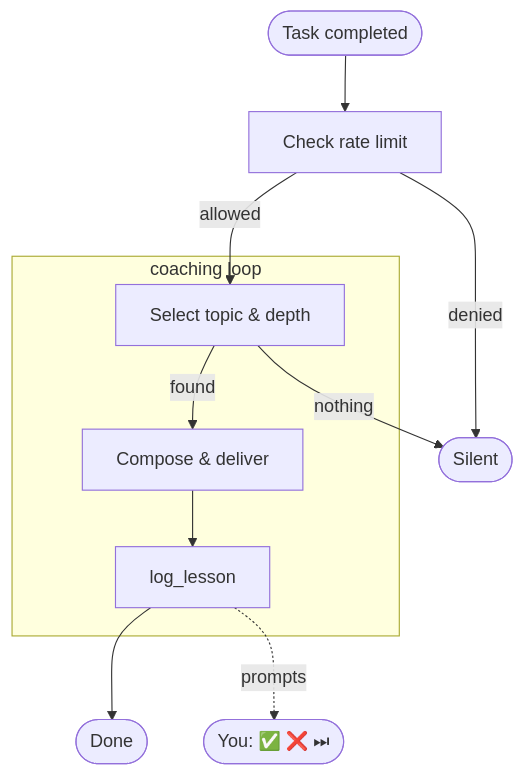
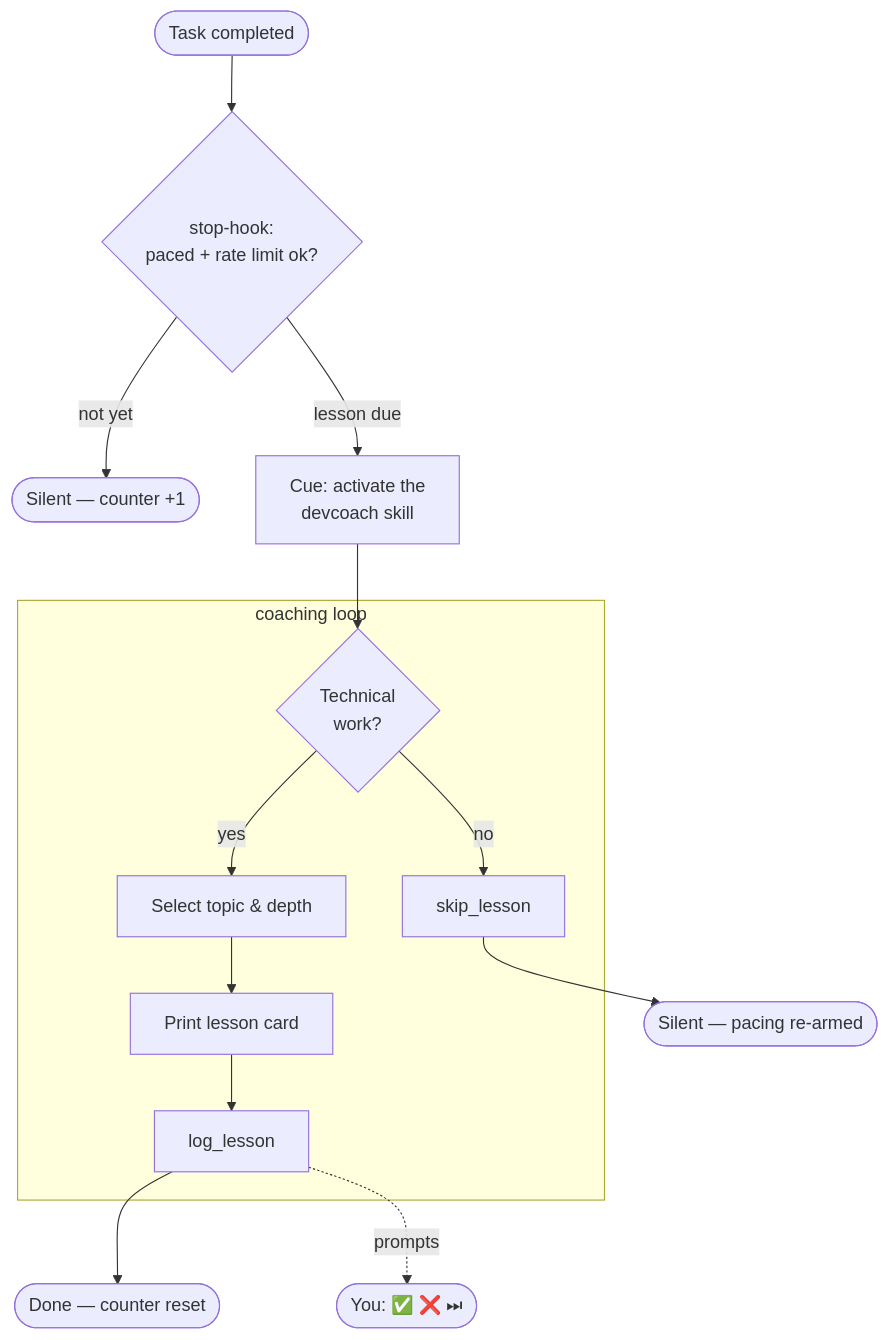
Before and after one commit to UltimaPhoenix/dev-coach: the second of 2 diagrams in docs/how-it-works.md, drawn with Mermaid. The commit also changed other lines of this file and 32 other files, not shown here.

First line of the commit message:
feat: coaching skill install + cue-engine rework (stop/prompt hooks, doctor)

````diff
--- a/docs/how-it-works.md
+++ b/docs/how-it-works.md
@@ -43,18 +49,20 @@
 ```mermaid
 flowchart TD
-    A([Task completed]) --> B[Check rate limit]
-    B -->|denied| Z([Silent])
-    B -->|allowed| D
+    A([Task completed]) --> B{stop-hook:\npaced + rate limit ok?}
+    B -->|not yet| Z([Silent — counter +1])
+    B -->|lesson due| C[Cue: activate the\ndevcoach skill]
 
     subgraph loop["coaching loop"]
-        D[Select topic & depth]
-        E[Compose & deliver]
+        D{Technical\nwork?}
+        E[Select topic & depth]
+        F[Print lesson card]
         G[log_lesson]
+        S[skip_lesson]
     end
 
-    D -->|nothing| Z
-    D -->|found| E
-    E --> G
-    G --> F([Done])
+    C --> D
+    D -->|no| S --> Z2([Silent — pacing re-armed])
+    D -->|yes| E --> F --> G
+    G --> H([Done — counter reset])
     G -.->|prompts| U(["You: ✅ ❌ ⏭"])
 ```
````
